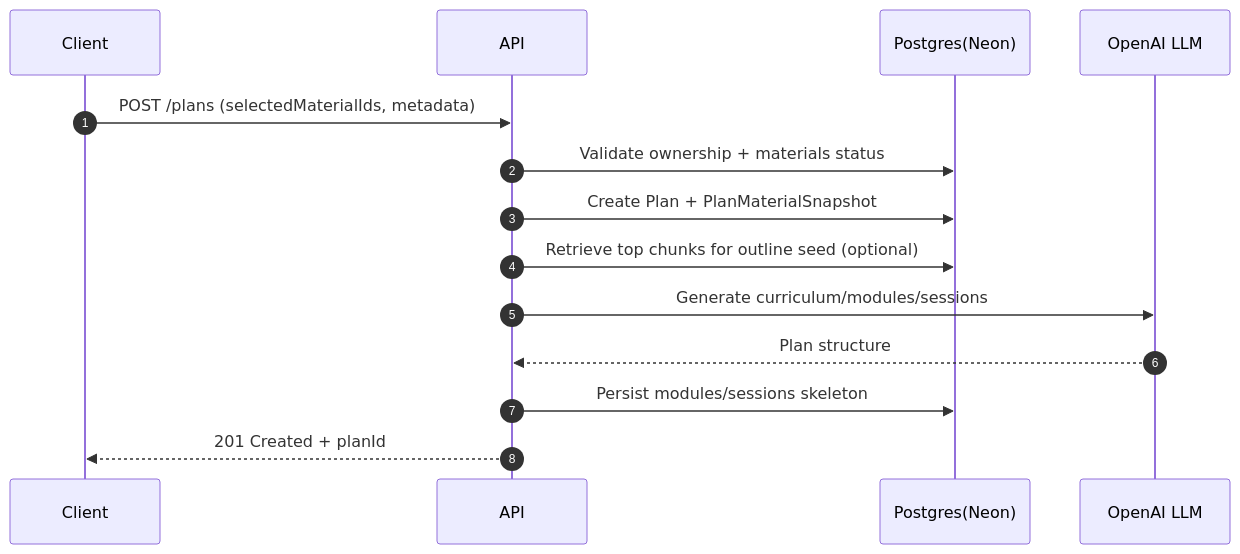
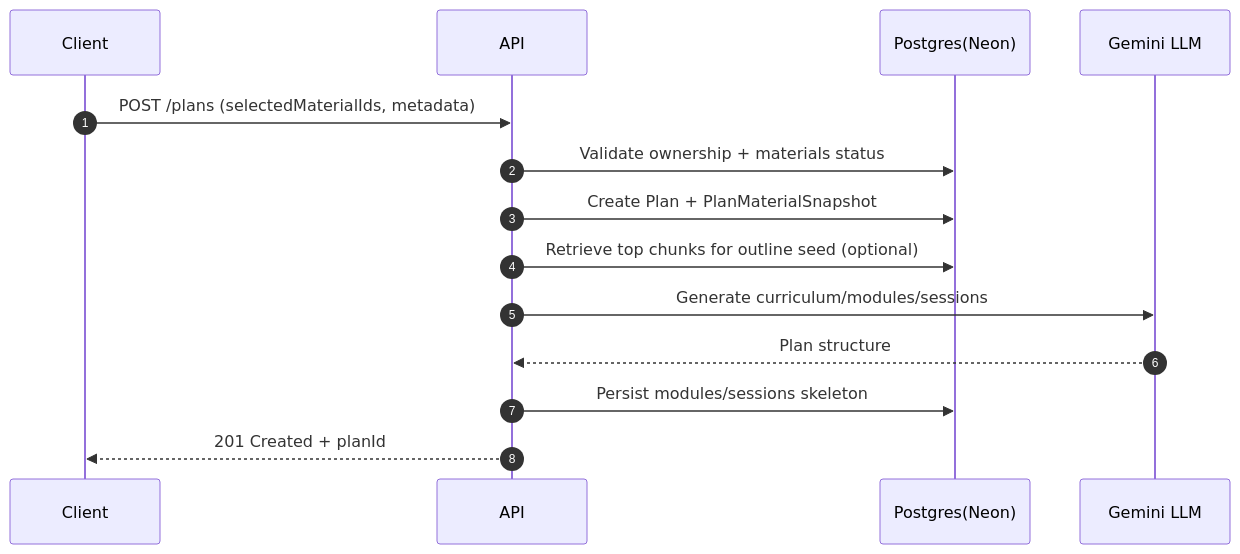
The fourth of 7 diagrams in docs/04-engineering/architecture.md (qaws7791/turbo-hono-next), drawn with Mermaid before and after one commit. The commit also changed other lines of this file and 49 other files, not shown here.

````diff
--- a/docs/04-engineering/architecture.md
+++ b/docs/04-engineering/architecture.md
@@ -206,17 +206,17 @@
 ```mermaid
 sequenceDiagram
   autonumber
   participant Client
   participant API
   participant DB as Postgres(Neon)
-  participant LLM as OpenAI LLM
+  participant LLM as Gemini LLM
 
   Client->>API: POST /plans (selectedMaterialIds, metadata)
   API->>DB: Validate ownership + materials status
   API->>DB: Create Plan + PlanMaterialSnapshot
   API->>DB: Retrieve top chunks for outline seed (optional)
   API->>LLM: Generate curriculum/modules/sessions
   LLM-->>API: Plan structure
   API->>DB: Persist modules/sessions skeleton
   API-->>Client: 201 Created + planId
 ```
````
